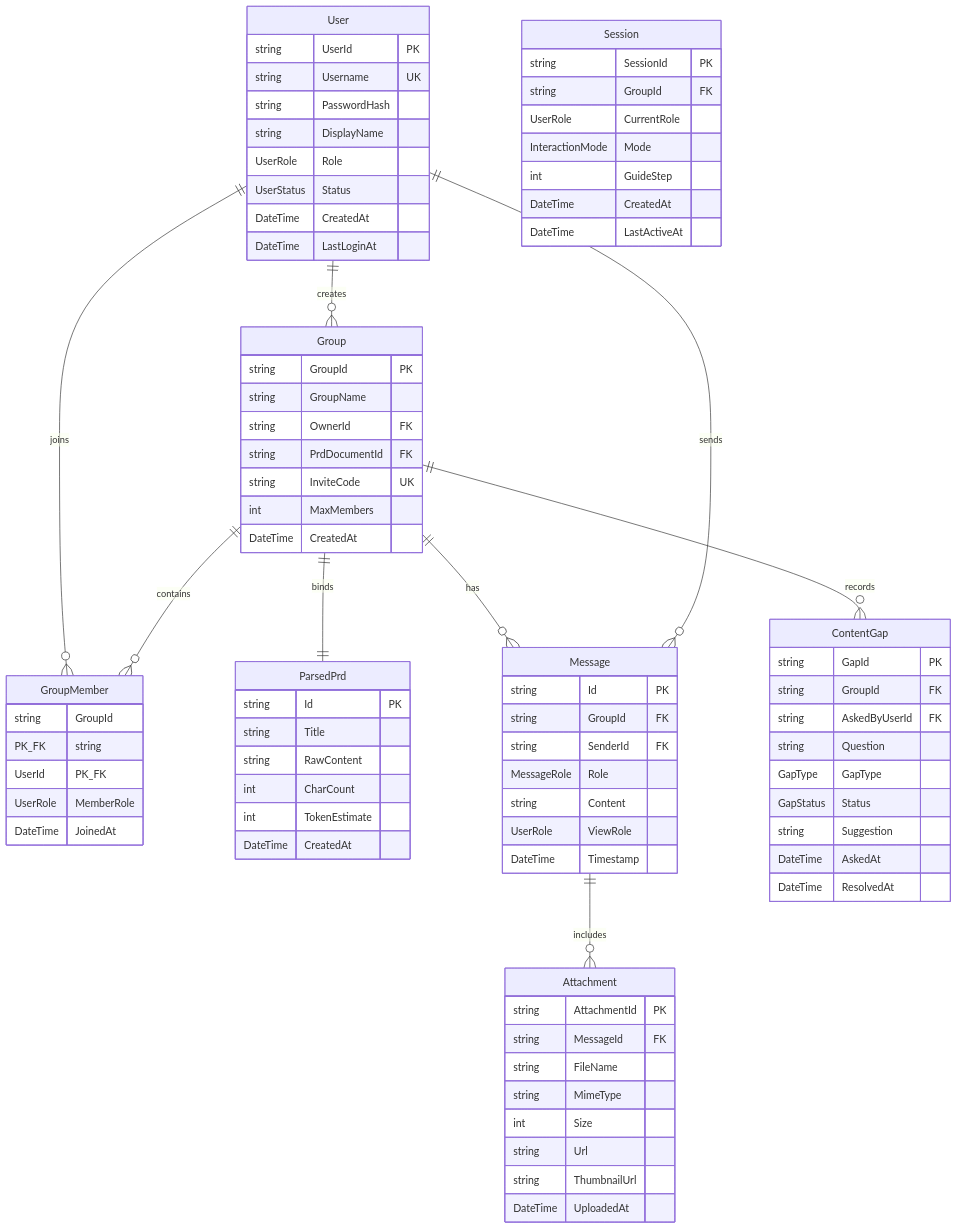
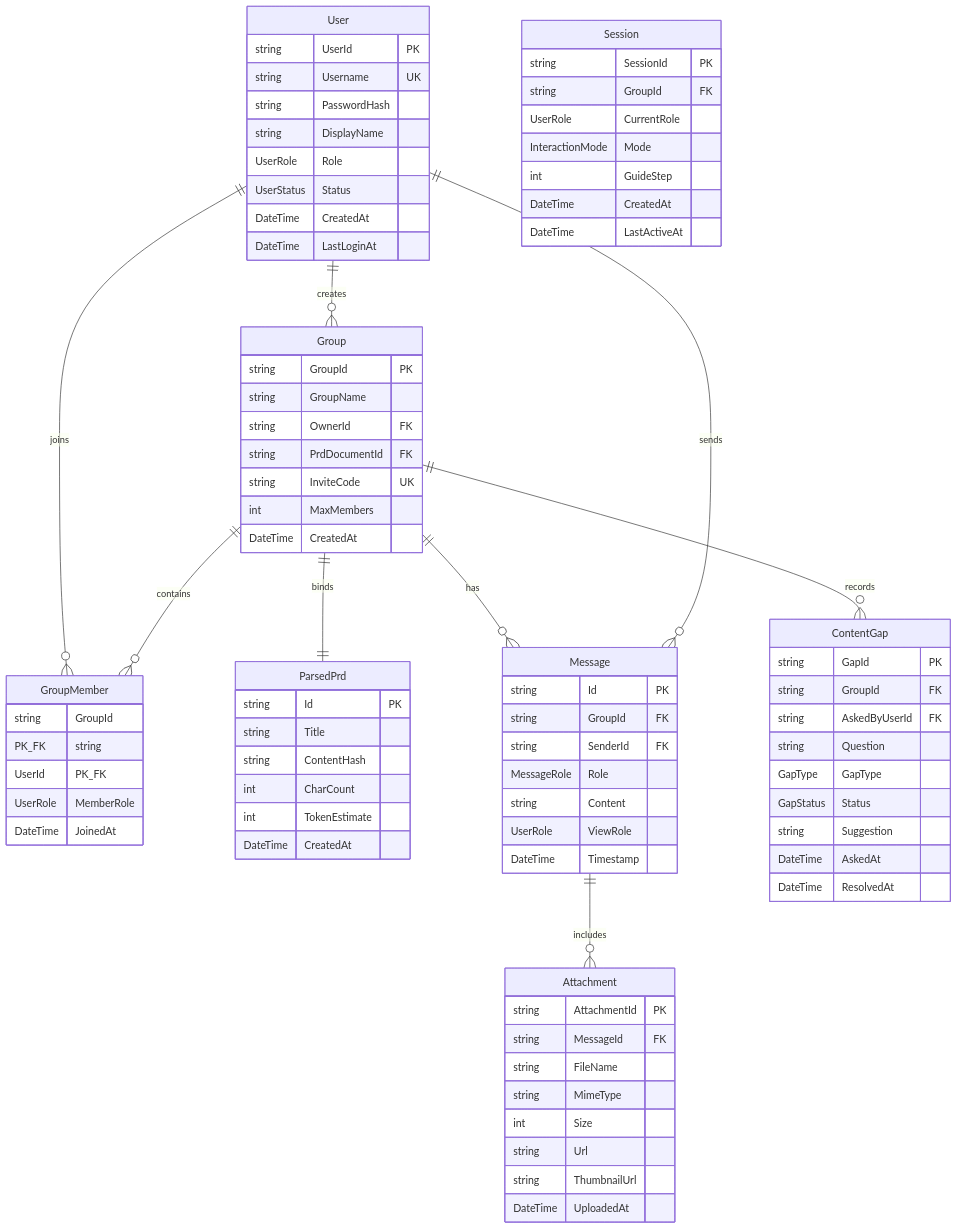
One commit to inernoro/prd_agent changed the fifth of 5 diagrams in doc/2.srs.md. Above: the diagram before and after it, drawn with Mermaid. The commit also changed other lines of this file and 10 other files, not shown here.

```diff
--- a/doc/2.srs.md
+++ b/doc/2.srs.md
@@ -2443,7 +2070,7 @@
     ParsedPrd {
         string Id PK
         string Title
-        string RawContent
+        string ContentHash
         int CharCount
         int TokenEstimate
         DateTime CreatedAt
```
